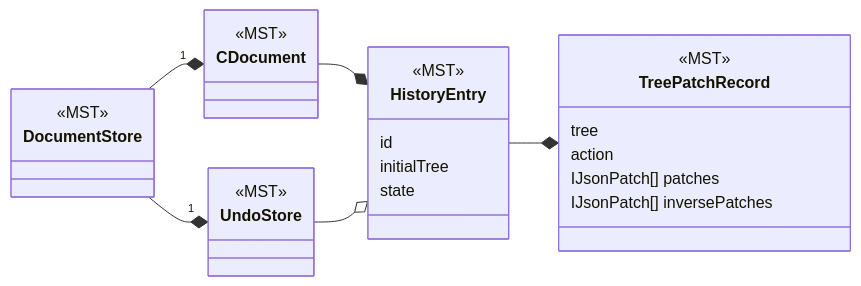
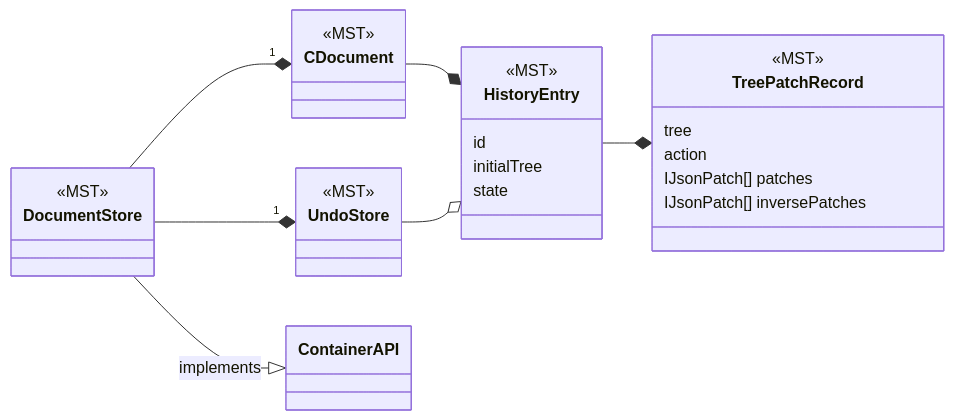
Before and after one commit to concord-consortium/collaborative-learning: the first of 6 diagrams in docs/history-framework.md, drawn with Mermaid. The commit also changed other lines of this file and 2 other files, not shown here.

First line of the commit message:
update documentation with consolidated DocStore

````diff
--- a/docs/history-framework.md
+++ b/docs/history-framework.md
@@ -25,32 +25,33 @@
 ```mermaid
 classDiagram
 title hello
 direction LR
 class TreePatchRecord {
   <<MST>>
   tree
   action
   IJsonPatch[] patches
   IJsonPatch[] inversePatches
 }
 class HistoryEntry {
   <<MST>>
   id
   initialTree
   state
 }
 class CDocument {  
   <<MST>>
 }
 class UndoStore {  
   <<MST>>
 }
 class DocumentStore {
   <<MST>>
 }
 HistoryEntry --* TreePatchRecord
 CDocument --* HistoryEntry
 UndoStore --o HistoryEntry
 DocumentStore --* "1" CDocument
 DocumentStore --* "1" UndoStore
+DocumentStore --|> ContainerAPI : implements
 ```
````
